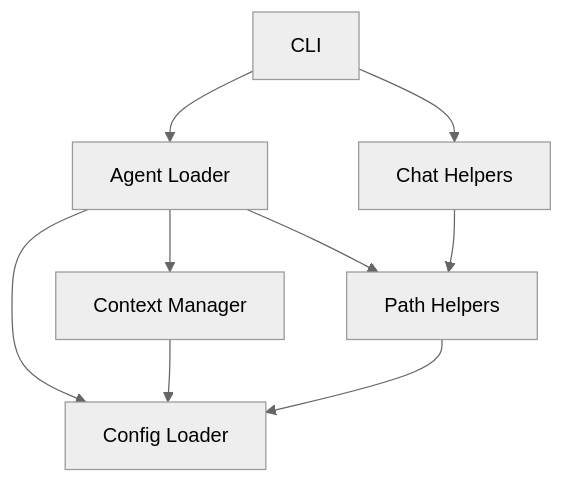
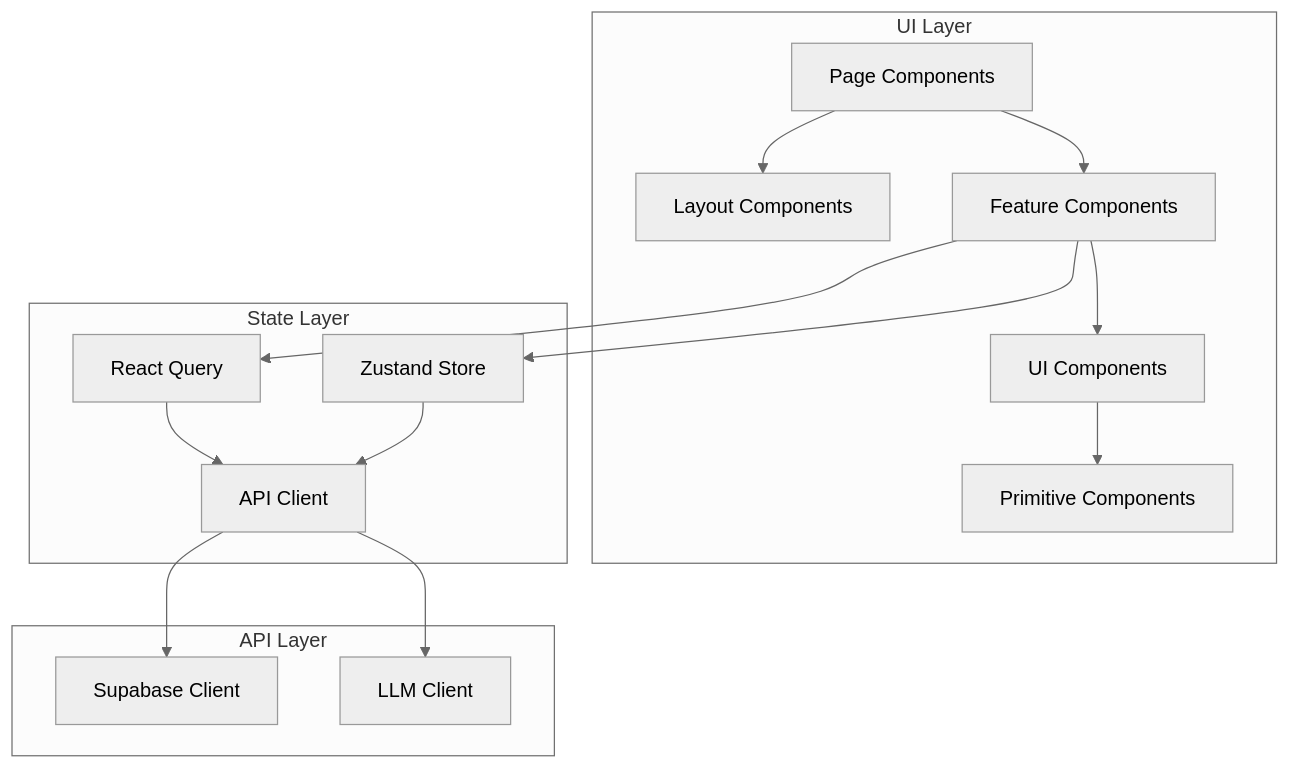
Before and after one commit to tim-o-private/llm-agent: the second of 7 diagrams in memory-bank/systemPatterns.md, drawn with Mermaid (neutral theme). The commit also changed other lines of this file and 78 other files, not shown here.

````diff
--- a/memory-bank/systemPatterns.md
+++ b/memory-bank/systemPatterns.md
@@ -117,11 +151,21 @@
 ```mermaid
 graph TD
-    CLI[CLI] --> AgentLoader[Agent Loader]
-    CLI --> ChatHelpers[Chat Helpers]
-    AgentLoader --> ContextManager[Context Manager]
-    AgentLoader --> PathHelpers[Path Helpers]
-    AgentLoader --> ConfigLoader[Config Loader]
-    ChatHelpers --> PathHelpers
-    ContextManager --> ConfigLoader[Config Loader]
-    PathHelpers --> ConfigLoader
+    subgraph "UI Layer"
+        Pages[Page Components] --> Layout[Layout Components]
+        Pages --> Features[Feature Components]
+        Features --> UI[UI Components]
+        UI --> Primitives[Primitive Components]
+    end
+
+    subgraph "State Layer"
+        Features --> Queries[React Query]
+        Features --> Store[Zustand Store]
+        Queries --> API[API Client]
+        Store --> API
+    end
+
+    subgraph "API Layer"
+        API --> Supabase[Supabase Client]
+        API --> LLM[LLM Client]
+    end
 ```
````
